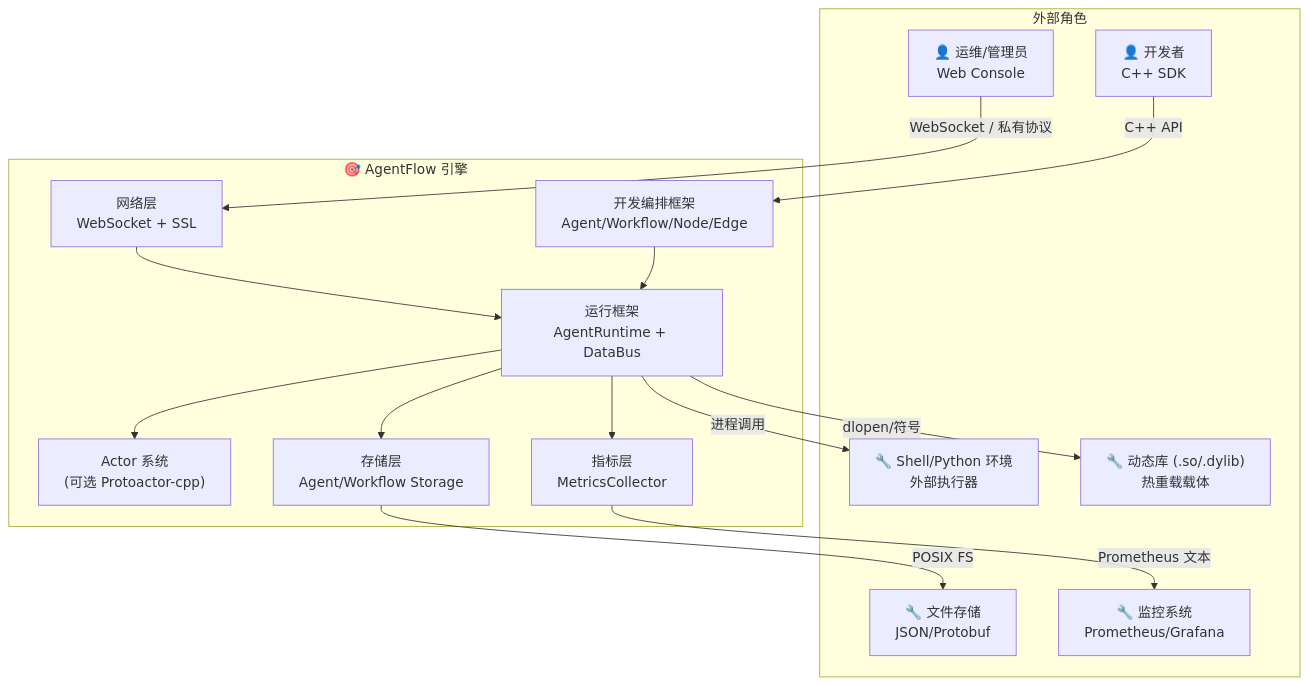
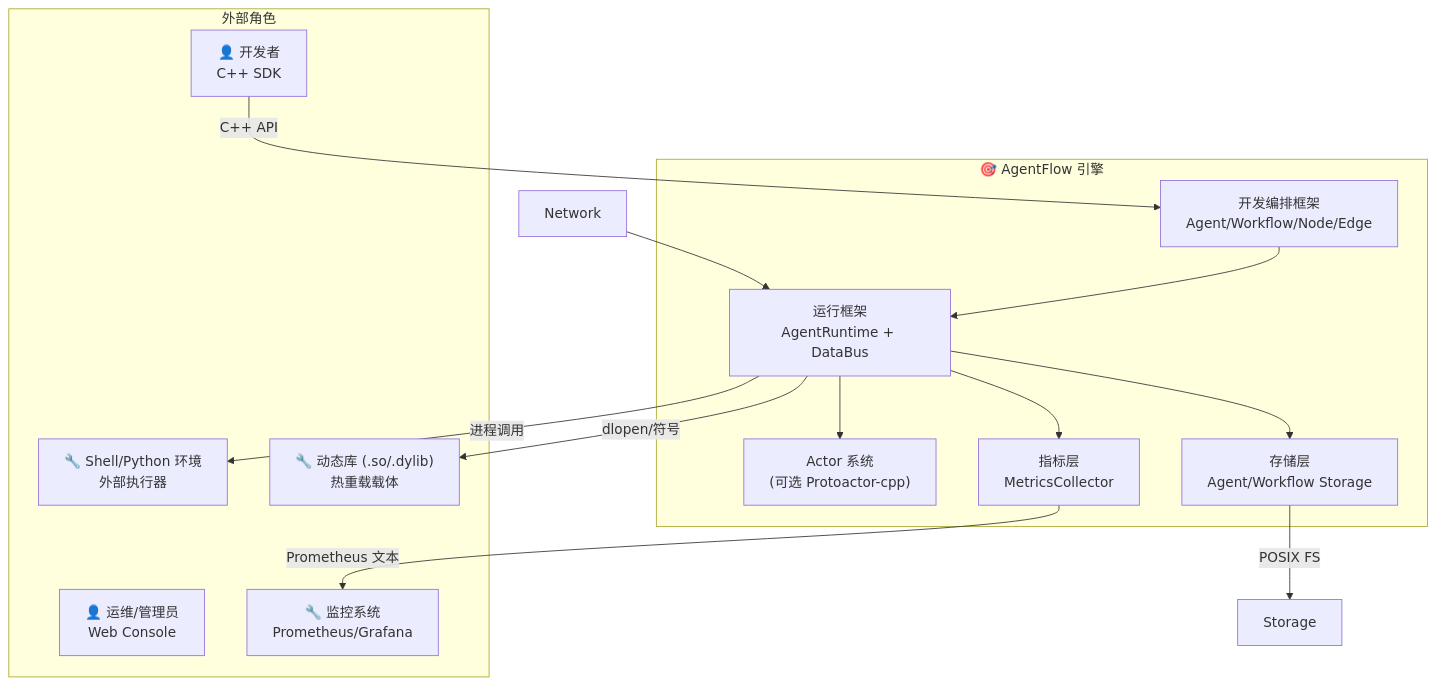
One commit to xyz11274/agentf changed the first of 17 diagrams in docs/ARCHITECTURE.md. Above: the diagram before and after it, drawn with Mermaid. The commit also changed other lines of this file and 29 other files, not shown here.

````diff
--- a/docs/ARCHITECTURE.md
+++ b/docs/ARCHITECTURE.md
@@ -55,32 +53,29 @@
 ```mermaid
 graph TB
     subgraph External["外部角色"]
         Dev["👤 开发者\nC++ SDK"]
         Console["👤 运维/管理员\nWeb Console"]
         Shell["🔧 Shell/Python 环境\n外部执行器"]
         SO["🔧 动态库 (.so/.dylib)\n热重载载体"]
-        Storage["🔧 文件存储\nJSON/Protobuf"]
         Monitor["🔧 监控系统\nPrometheus/Grafana"]
     end
 
     subgraph AgentFlow["🎯 AgentFlow 引擎"]
         DevFW["开发编排框架\nAgent/Workflow/Node/Edge"]
         Runtime["运行框架\nAgentRuntime + DataBus"]
         Actor["Actor 系统\n(可选 Protoactor-cpp)"]
-        Network["网络层\nWebSocket + SSL"]
         StorageLayer["存储层\nAgent/Workflow Storage"]
         MetricLayer["指标层\nMetricsCollector"]
     end
 
     Dev -->|"C++ API"| DevFW
-    Console -->|"WebSocket / 私有协议"| Network
     Network --> Runtime
     Runtime -->|"进程调用"| Shell
     Runtime -->|"dlopen/符号"| SO
     StorageLayer -->|"POSIX FS"| Storage
     MetricLayer -->|"Prometheus 文本"| Monitor
     DevFW --> Runtime
     Runtime --> Actor
     Runtime --> StorageLayer
     Runtime --> MetricLayer
 ```
````
